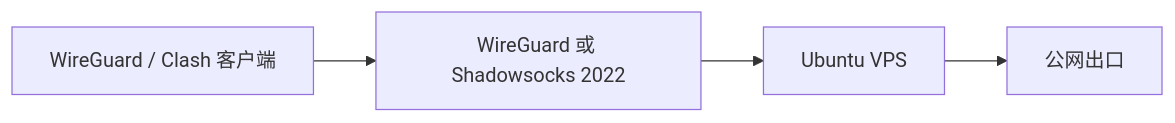
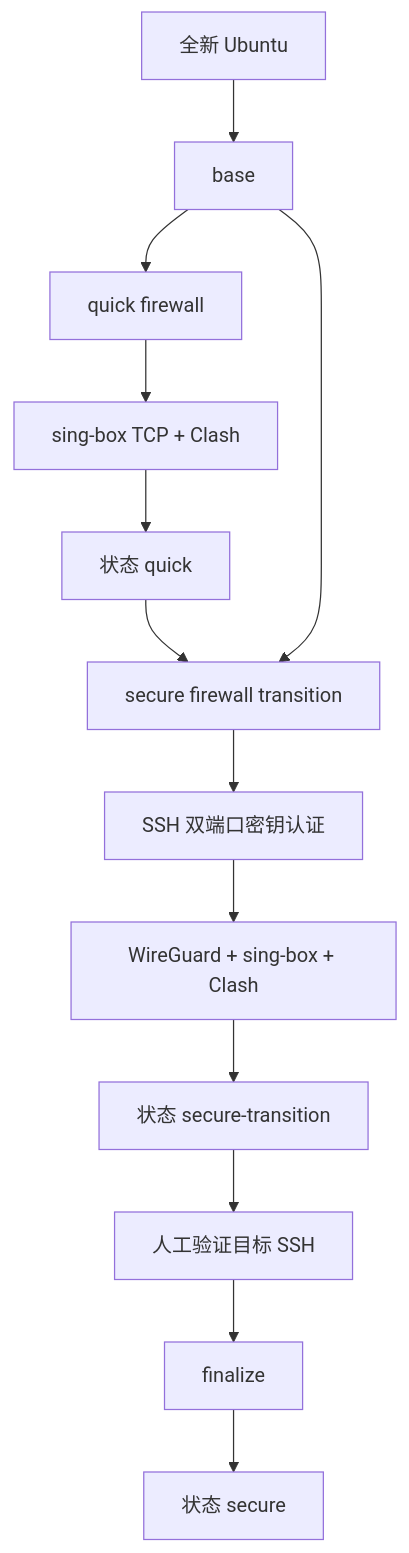
Before and after one commit to cnxutu/tu-devkit: the diagram in docs/vps/architecture.md, drawn with Mermaid. The commit also changed other lines of this file and 27 other files, not shown here.

````diff
--- a/docs/vps/architecture.md
+++ b/docs/vps/architecture.md
@@ -5,6 +5,15 @@
 ```mermaid
-flowchart LR
-  C["WireGuard / Clash 客户端"] --> W["WireGuard 或 Shadowsocks 2022"]
-  W --> V["Ubuntu VPS"]
-  V --> N["公网出口"]
+flowchart TD
+  N["全新 Ubuntu"] --> B["base"]
+  B --> QF["quick firewall"]
+  QF --> S["sing-box TCP + Clash"]
+  S --> Q["状态 quick"]
+  Q --> SF["secure firewall transition"]
+  B --> SF
+  SF --> SSH["SSH 双端口密钥认证"]
+  SSH --> W["WireGuard + sing-box + Clash"]
+  W --> T["状态 secure-transition"]
+  T --> V["人工验证目标 SSH"]
+  V --> F["finalize"]
+  F --> X["状态 secure"]
 ```
````
